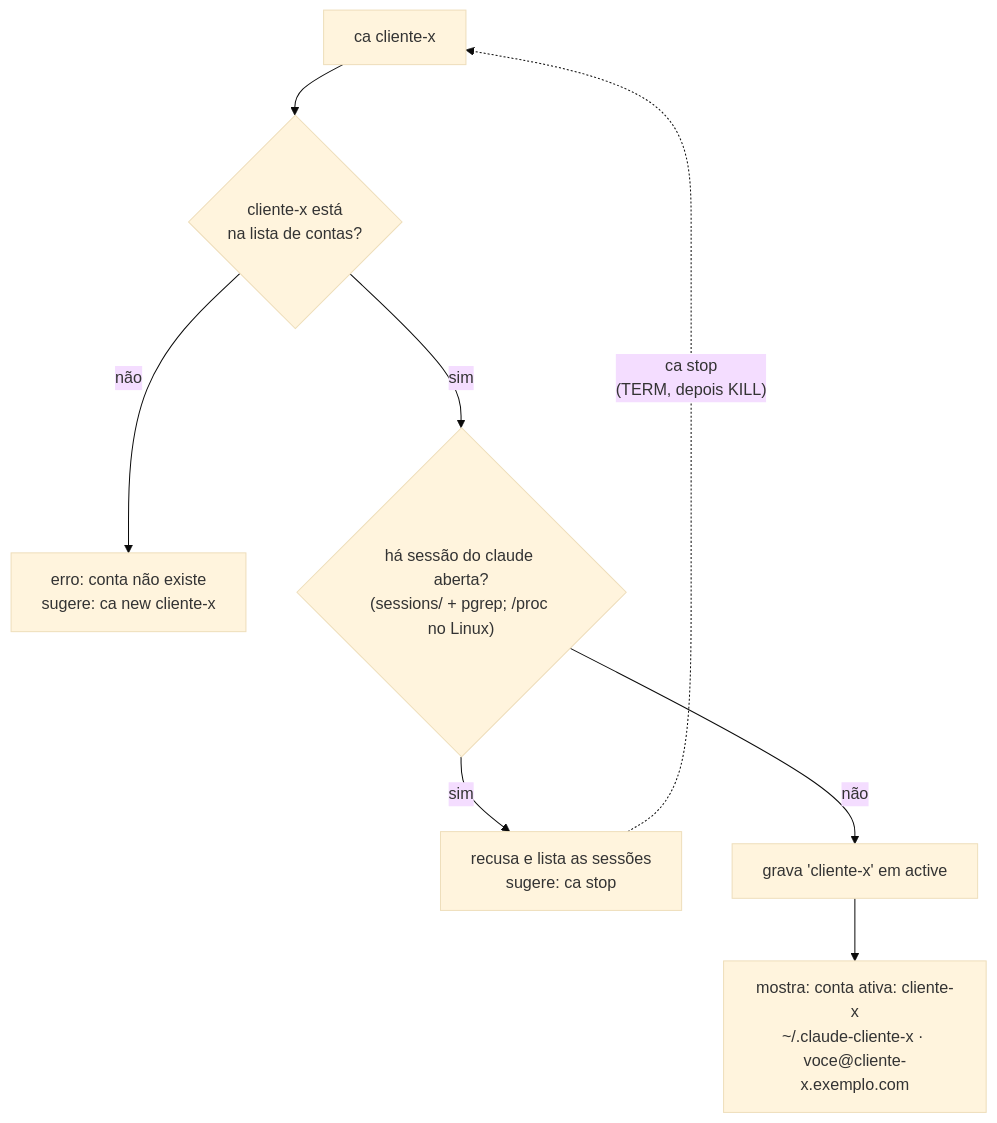
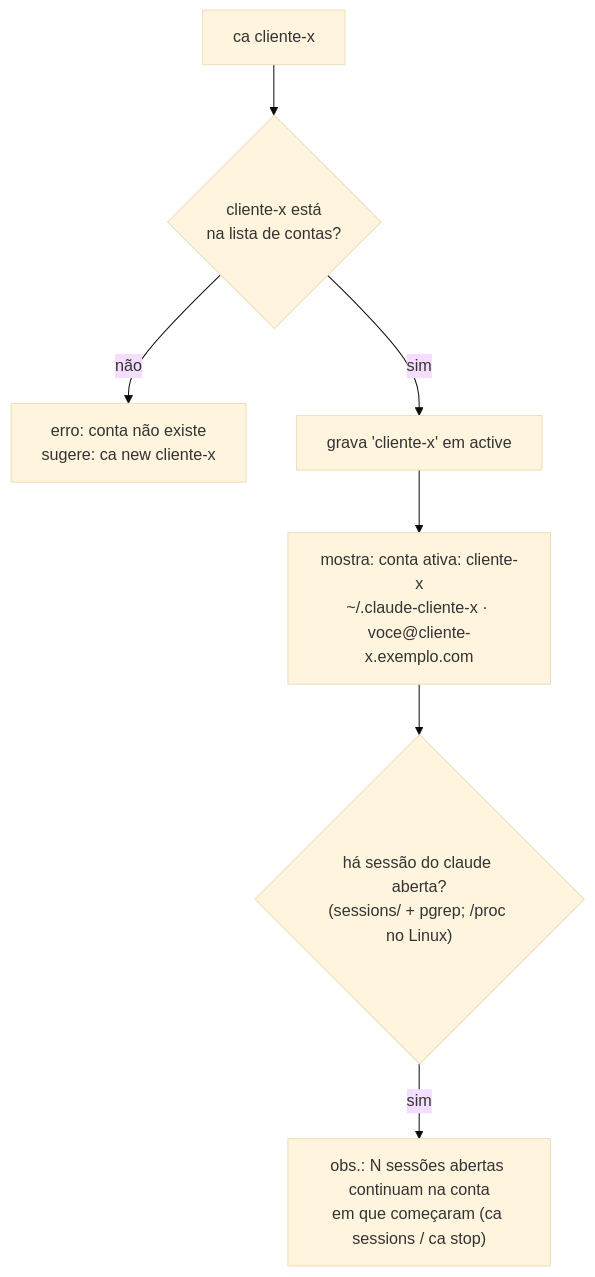
The third of 6 diagrams in docs/pt-BR/como-funciona.md (vitorRibeiro7/claude-accounts), drawn with Mermaid (base theme) before and after one commit. The commit also changed other lines of this file and 13 other files, not shown here.

````diff
--- a/docs/pt-BR/como-funciona.md
+++ b/docs/pt-BR/como-funciona.md
@@ -193,10 +193,9 @@
 ```mermaid
 flowchart TD
     A["ca cliente-x"] --> B{"cliente-x está<br/>na lista de contas?"}
     B -- não --> E1["erro: conta não existe<br/>sugere: ca new cliente-x"]
-    B -- sim --> C{"há sessão do claude aberta?<br/>(sessions/ + pgrep; /proc no Linux)"}
-    C -- sim --> E2["recusa e lista as sessões<br/>sugere: ca stop"]
-    C -- não --> D["grava 'cliente-x' em active"]
+    B -- sim --> D["grava 'cliente-x' em active"]
     D --> F["mostra: conta ativa: cliente-x<br/>~/.claude-cliente-x · voce@cliente-x.exemplo.com"]
-    E2 -. "ca stop<br/>(TERM, depois KILL)" .-> A
+    F --> C{"há sessão do claude aberta?<br/>(sessions/ + pgrep; /proc no Linux)"}
+    C -- sim --> N["obs.: N sessões abertas continuam na conta<br/>em que começaram (ca sessions / ca stop)"]
 ```
````
